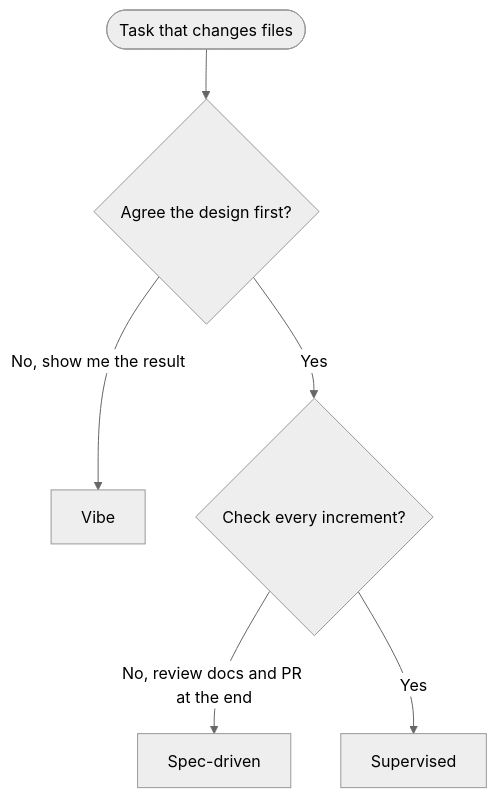
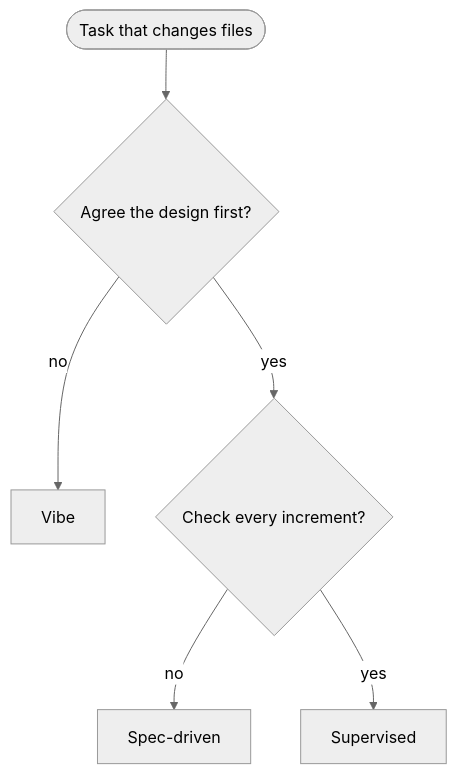
Before and after one commit to an-dr/agents: the second of 9 diagrams in README.md, drawn with Mermaid (neutral theme). The commit also changed other lines of this file and 14 other files, not shown here.

First line of the commit message:
feat(docs): add the diagram convention and split the README flows

````diff
--- a/README.md
+++ b/README.md
@@ -93,8 +95,8 @@
 ```mermaid
 flowchart TD
   S([Task that changes files]) --> A{Agree the design first?}
-  A -- No, show me the result --> V[Vibe]
-  A -- Yes --> C{Check every increment?}
-  C -- No, review docs and PR at the end --> SD[Spec-driven]
-  C -- Yes --> SU[Supervised]
+  A -- no --> V[Vibe]
+  A -- yes --> C{Check every increment?}
+  C -- no --> SD[Spec-driven]
+  C -- yes --> SU[Supervised]
 ```
````
